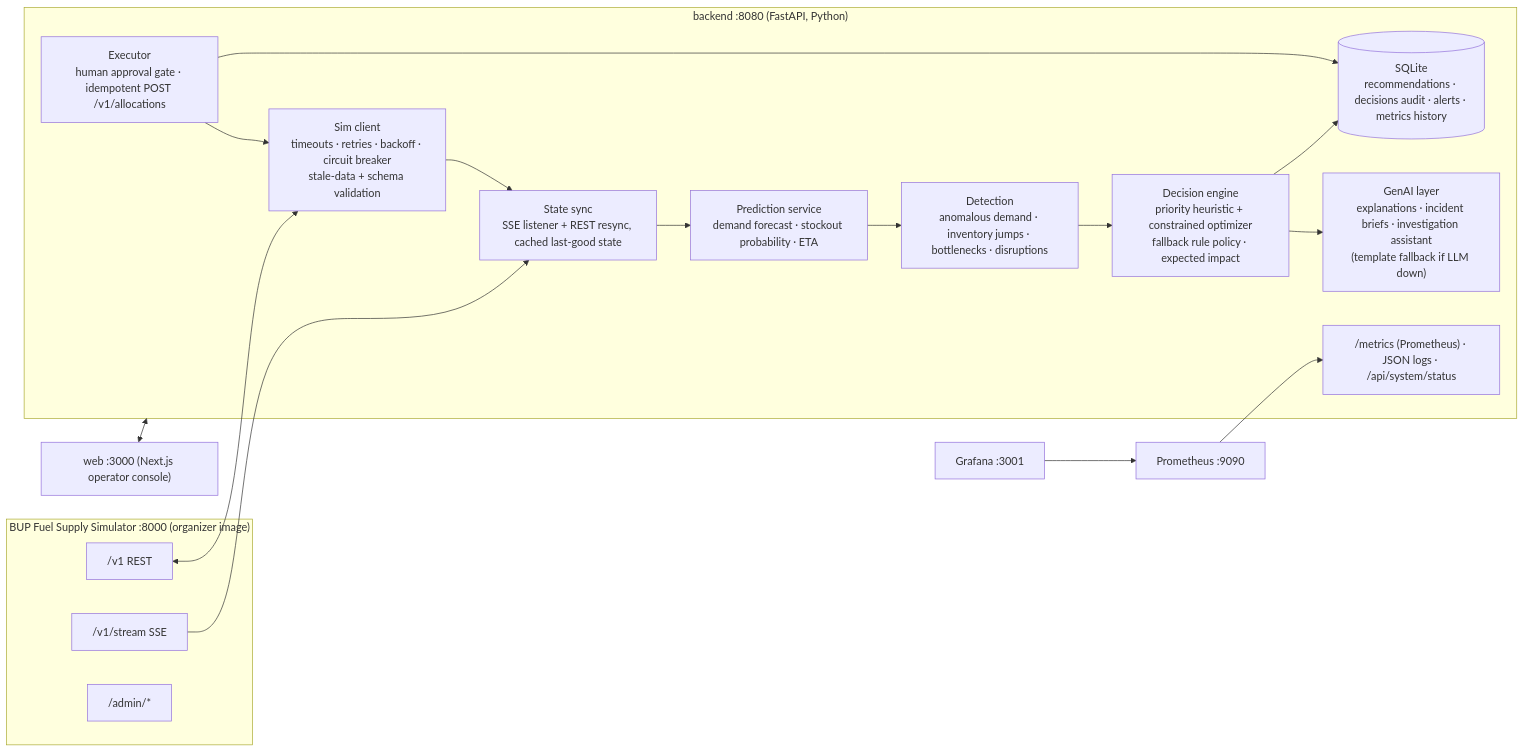
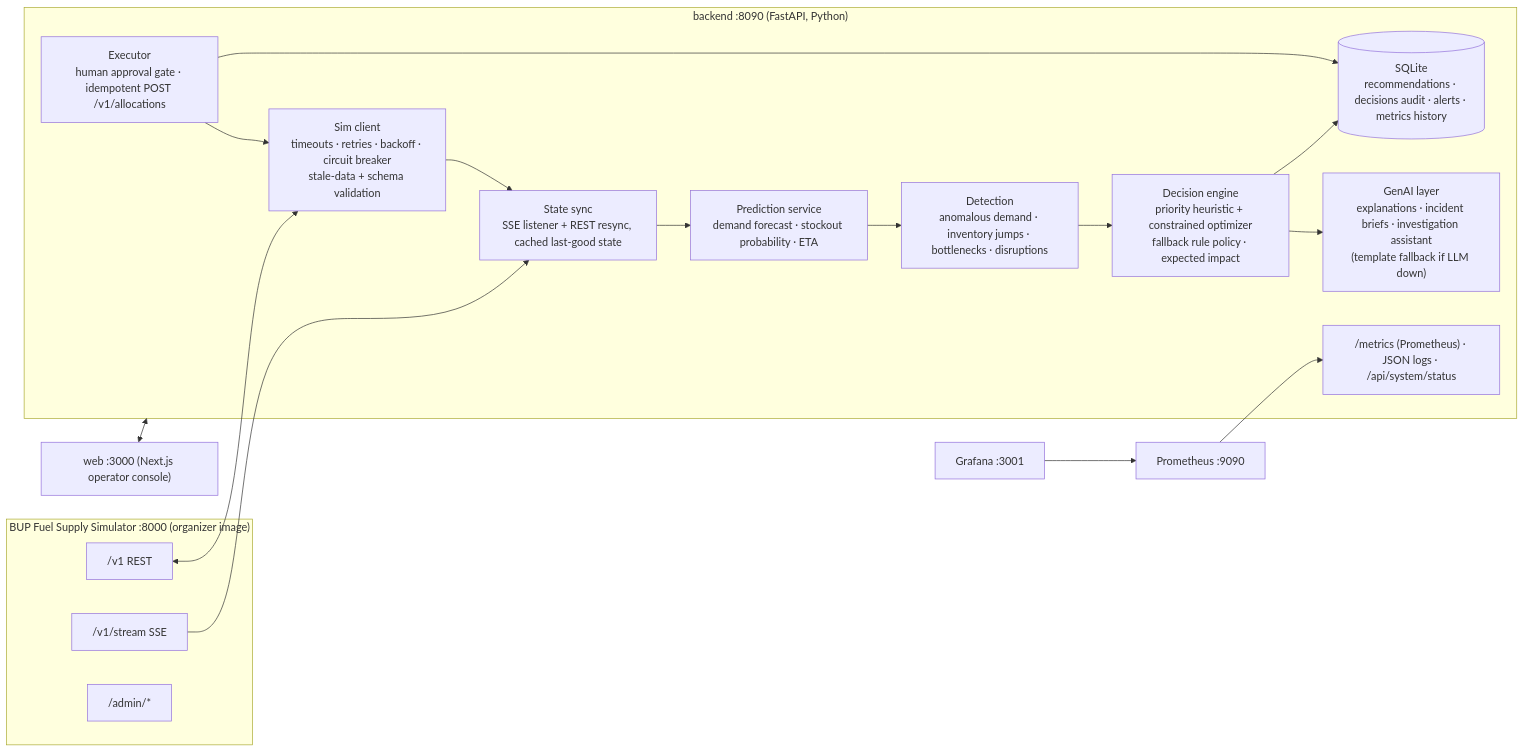
One commit to ishmam259/gta7-fuel-supply changed the diagram in docs/ARCHITECTURE.md. Above: the diagram before and after it, drawn with Mermaid. The commit also changed other lines of this file and 3 other files, not shown here.

````diff
--- a/docs/ARCHITECTURE.md
+++ b/docs/ARCHITECTURE.md
@@ -4,21 +4,21 @@
 ```mermaid
 flowchart LR
   subgraph SIM["BUP Fuel Supply Simulator :8000 (organizer image)"]
     V1["/v1 REST"]; SSE["/v1/stream SSE"]; ADM["/admin/*"]
   end
-  subgraph BE["backend :8080 (FastAPI, Python)"]
+  subgraph BE["backend :8090 (FastAPI, Python)"]
     CL["Sim client<br/>timeouts · retries · backoff · circuit breaker<br/>stale-data + schema validation"]
     SY["State sync<br/>SSE listener + REST resync, cached last-good state"]
     PR["Prediction service<br/>demand forecast · stockout probability · ETA"]
     DT["Detection<br/>anomalous demand · inventory jumps · bottlenecks · disruptions"]
     DE["Decision engine<br/>priority heuristic + constrained optimizer<br/>fallback rule policy · expected impact"]
     GA["GenAI layer<br/>explanations · incident briefs · investigation assistant<br/>(template fallback if LLM down)"]
     EX["Executor<br/>human approval gate · idempotent POST /v1/allocations"]
     DB[("SQLite<br/>recommendations · decisions audit · alerts · metrics history")]
     OBS["/metrics (Prometheus) · JSON logs · /api/system/status"]
   end
   WEB["web :3000 (Next.js operator console)"]
   PROM["Prometheus :9090"]; GRAF["Grafana :3001"]
   V1 <--> CL; SSE --> SY; CL --> SY --> PR --> DT --> DE --> GA
   DE --> DB; EX --> CL; EX --> DB; WEB <--> BE; PROM --> OBS; GRAF --> PROM
 ```
````
